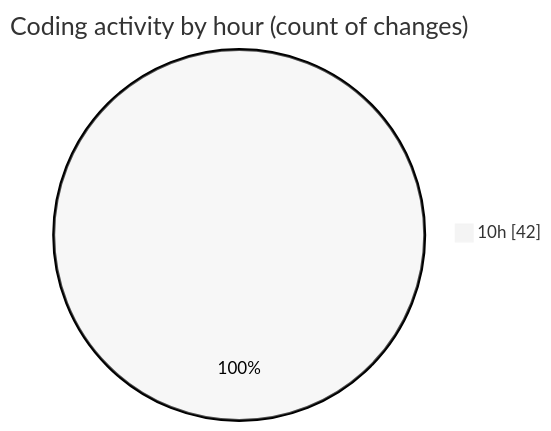
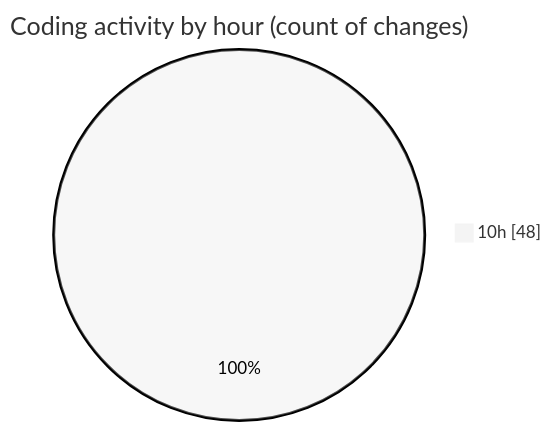
The second of 2 diagrams in 2025-08-18/vps-v1/README.md (lephambinh05/code-tracking), drawn with Mermaid (neutral theme) before and after one commit. The commit also changed other lines of this file and 1 other file, not shown here.

````diff
--- a/2025-08-18/vps-v1/README.md
+++ b/2025-08-18/vps-v1/README.md
@@ -52,5 +55,5 @@
 ```mermaid
 pie showData
 title Coding activity by hour (count of changes)
-"10h" : 42
+"10h" : 48
 ```
````
